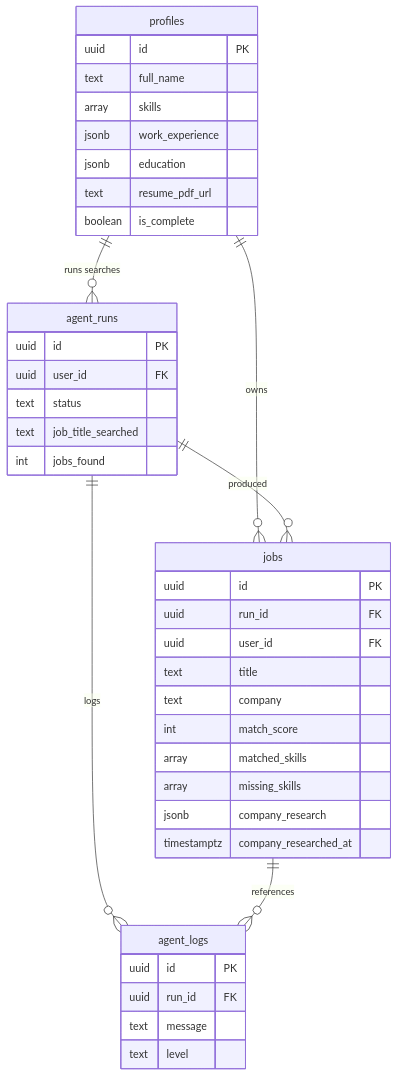
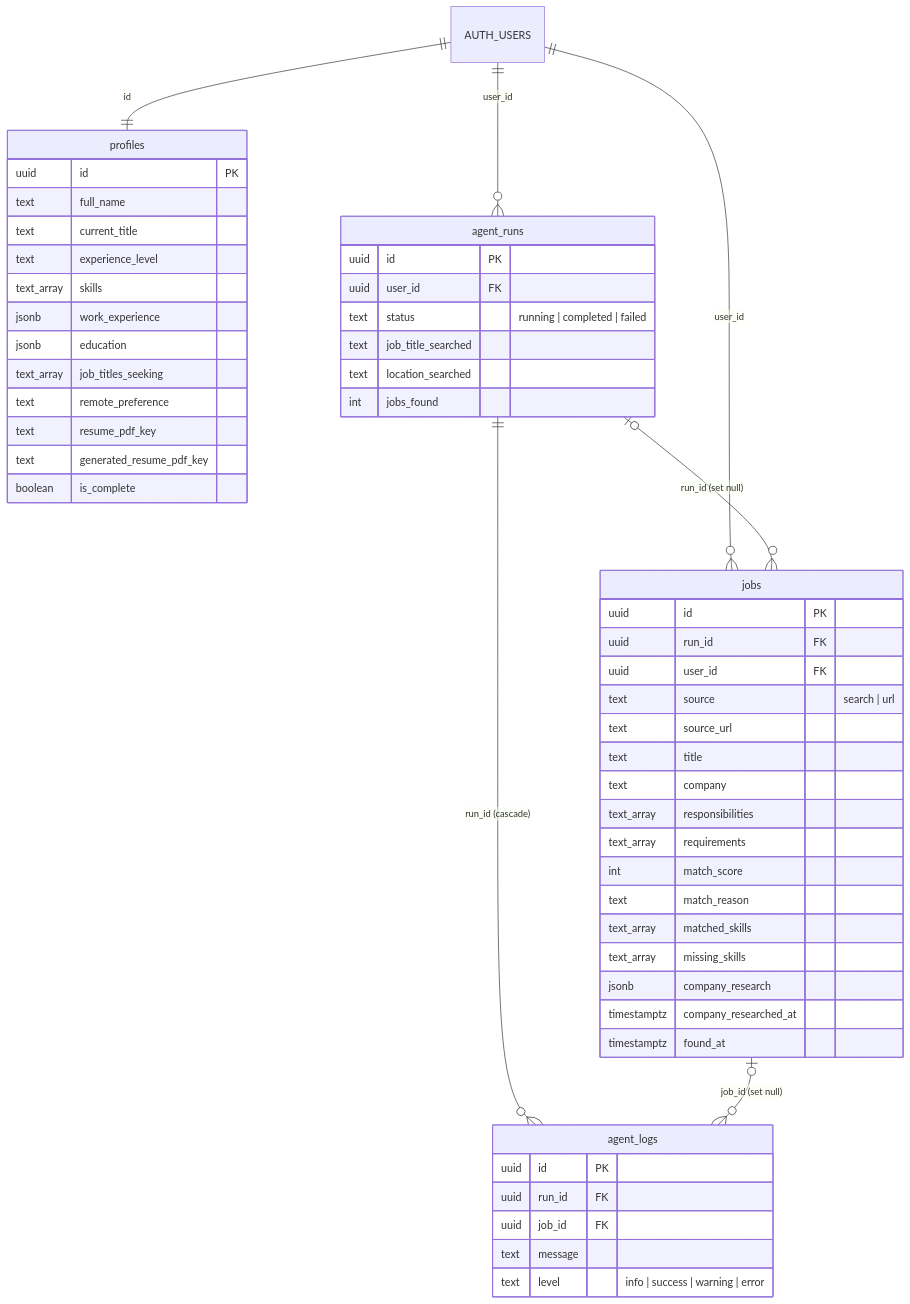
Before and after one commit to PranavSingla101/Applyr-AI: the ninth of 9 diagrams in README.md, drawn with Mermaid. The commit also changed other lines of this file and 21 other files, not shown here.

````diff
--- a/README.md
+++ b/README.md
@@ -257,43 +455,57 @@
 ```mermaid
 erDiagram
-    profiles ||--o{ agent_runs : "runs searches"
-    profiles ||--o{ jobs : "owns"
-    agent_runs ||--o{ jobs : "produced"
-    agent_runs ||--o{ agent_logs : "logs"
-    jobs ||--o{ agent_logs : "references"
+    AUTH_USERS ||--|| profiles : "id"
+    AUTH_USERS ||--o{ agent_runs : "user_id"
+    AUTH_USERS ||--o{ jobs : "user_id"
+    agent_runs |o--o{ jobs : "run_id (set null)"
+    agent_runs ||--o{ agent_logs : "run_id (cascade)"
+    jobs |o--o{ agent_logs : "job_id (set null)"
 
     profiles {
         uuid id PK
         text full_name
-        array skills
+        text current_title
+        text experience_level
+        text_array skills
         jsonb work_experience
         jsonb education
-        text resume_pdf_url
+        text_array job_titles_seeking
+        text remote_preference
+        text resume_pdf_key
+        text generated_resume_pdf_key
         boolean is_complete
     }
     agent_runs {
         uuid id PK
         uuid user_id FK
-        text status
+        text status "running | completed | failed"
         text job_title_searched
+        text location_searched
         int jobs_found
     }
     jobs {
         uuid id PK
         uuid run_id FK
         uuid user_id FK
+        text source "search | url"
+        text source_url
         text title
         text company
+        text_array responsibilities
+        text_array requirements
         int match_score
-        array matched_skills
-        array missing_skills
+        text match_reason
+        text_array matched_skills
+        text_array missing_skills
         jsonb company_research
         timestamptz company_researched_at
+        timestamptz found_at
     }
     agent_logs {
         uuid id PK
         uuid run_id FK
+        uuid job_id FK
         text message
-        text level
+        text level "info | success | warning | error"
     }
 ```
````
